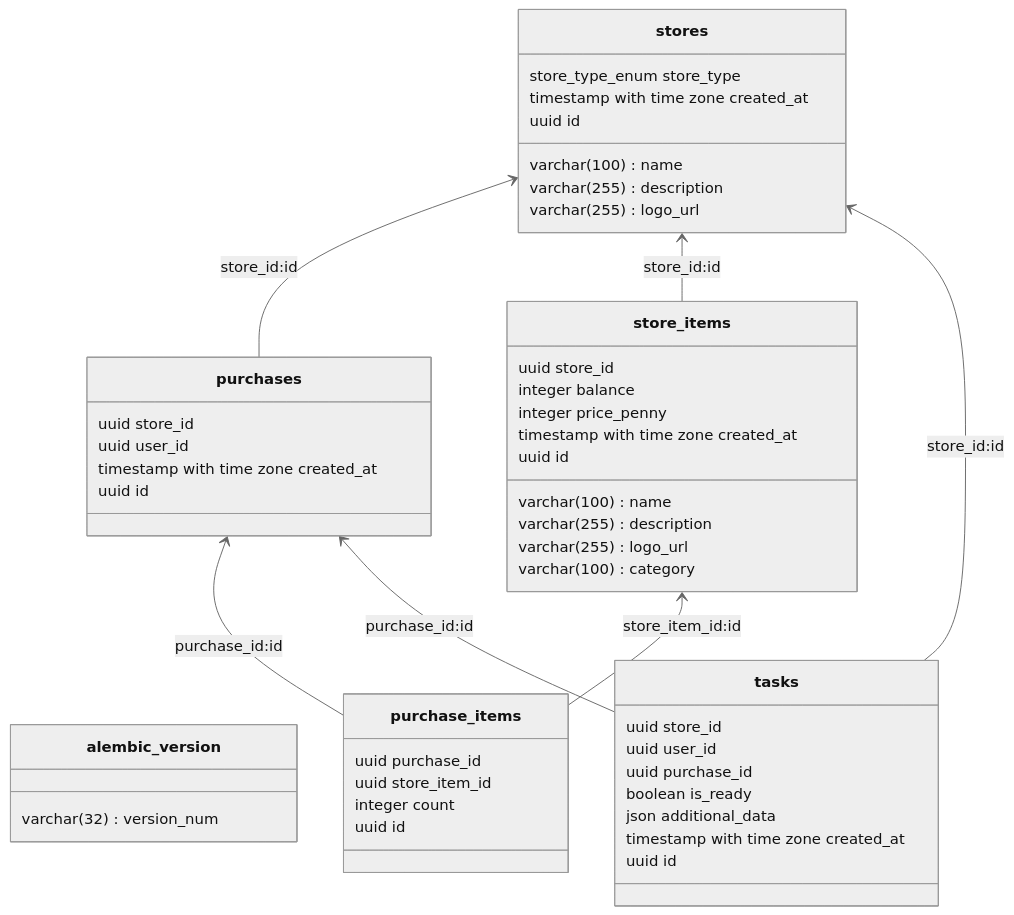
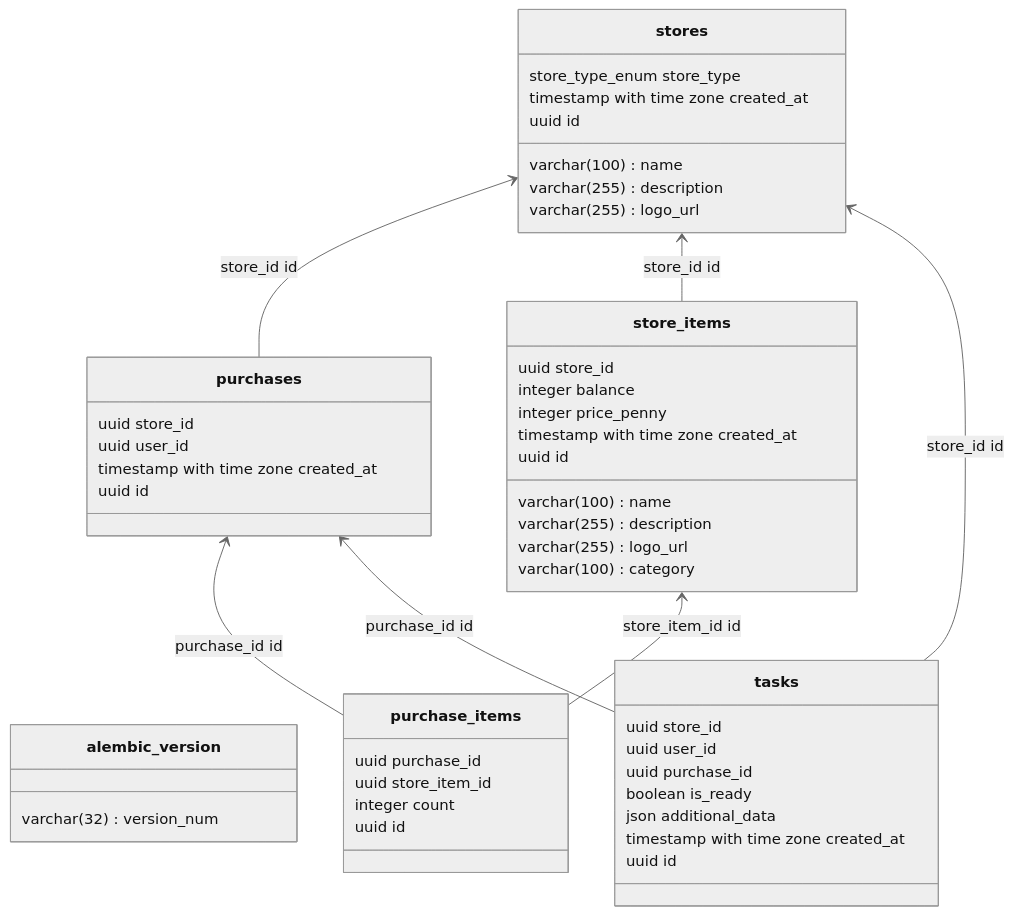
The fifth of 12 diagrams in Docs/RU/Doc.md (NikshetSteh/TransportationEngineers), drawn with Mermaid (neutral theme) before and after one commit. The commit also changed other lines of this file and 2 other files, not shown here.

````diff
--- a/Docs/RU/Doc.md
+++ b/Docs/RU/Doc.md
@@ -645,59 +653,59 @@
 ```mermaid
 ---
 config:
     flowchart:
         defaultRenderer: elk
 ---
 classDiagram
     direction BT
     class alembic_version {
         varchar(32) version_num
     }
     class purchase_items {
         uuid purchase_id
         uuid store_item_id
         integer count
         uuid id
     }
     class purchases {
         uuid store_id
         uuid user_id
         timestamp with time zone created_at
         uuid id
     }
     class store_items {
         uuid store_id
         varchar(100) name
         varchar(255) description
         varchar(255) logo_url
         integer balance
         integer price_penny
         varchar(100) category
         timestamp with time zone created_at
         uuid id
     }
     class stores {
         varchar(100) name
         varchar(255) description
         varchar(255) logo_url
         store_type_enum store_type
         timestamp with time zone created_at
         uuid id
     }
     class tasks {
         uuid store_id
         uuid user_id
         uuid purchase_id
         boolean is_ready
         json additional_data
         timestamp with time zone created_at
         uuid id
     }
 
-    purchase_items --> purchases: purchase_id&#58id
-    purchase_items --> store_items: store_item_id&#58id
-    purchases --> stores: store_id&#58id
-    store_items --> stores: store_id&#58id
-    tasks --> purchases: purchase_id&#58id
-    tasks --> stores: store_id&#58id
+    purchase_items --> purchases: purchase_id id
+    purchase_items --> store_items: store_item_id id
+    purchases --> stores: store_id id
+    store_items --> stores: store_id id
+    tasks --> purchases: purchase_id id
+    tasks --> stores: store_id id
 ```
````
